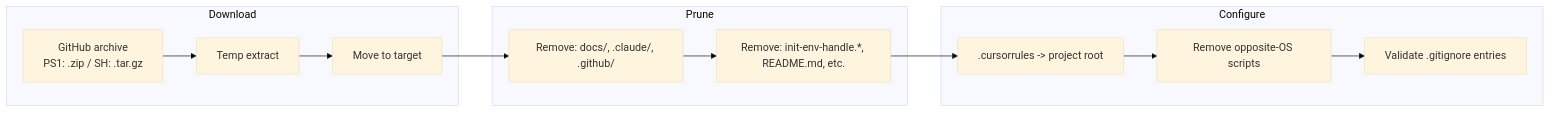
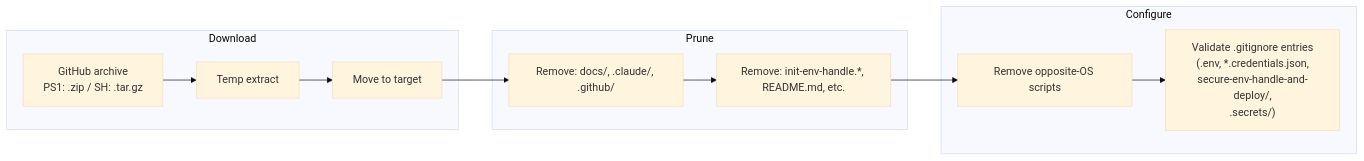
The second of 2 diagrams in docs/ai/implementation/knowledge-init-env-handle.md (Grebec-IT/secure-env-handle), drawn with Mermaid (base theme) before and after one commit. The commit also changed other lines of this file and 4 other files, not shown here.

````diff
--- a/docs/ai/implementation/knowledge-init-env-handle.md
+++ b/docs/ai/implementation/knowledge-init-env-handle.md
@@ -169,18 +169,17 @@
 ```mermaid
 flowchart LR
     subgraph "Download"
         ARCHIVE["GitHub archive<br/>PS1: .zip / SH: .tar.gz"] --> TEMP[Temp extract]
         TEMP --> MOVE[Move to target]
     end
 
     subgraph "Prune"
         MOVE --> DEL_DIRS["Remove: docs/, .claude/, .github/"]
         DEL_DIRS --> DEL_FILES["Remove: init-env-handle.*, README.md, etc."]
     end
 
     subgraph "Configure"
-        DEL_FILES --> CURSOR[".cursorrules -> project root"]
-        CURSOR --> OS_FILTER["Remove opposite-OS scripts"]
-        OS_FILTER --> GITIGNORE["Validate .gitignore entries"]
+        DEL_FILES --> OS_FILTER["Remove opposite-OS scripts"]
+        OS_FILTER --> GITIGNORE["Validate .gitignore entries<br/>(.env, *.credentials.json,<br/>secure-env-handle-and-deploy/,<br/>.secrets/)"]
     end
 ```
````
